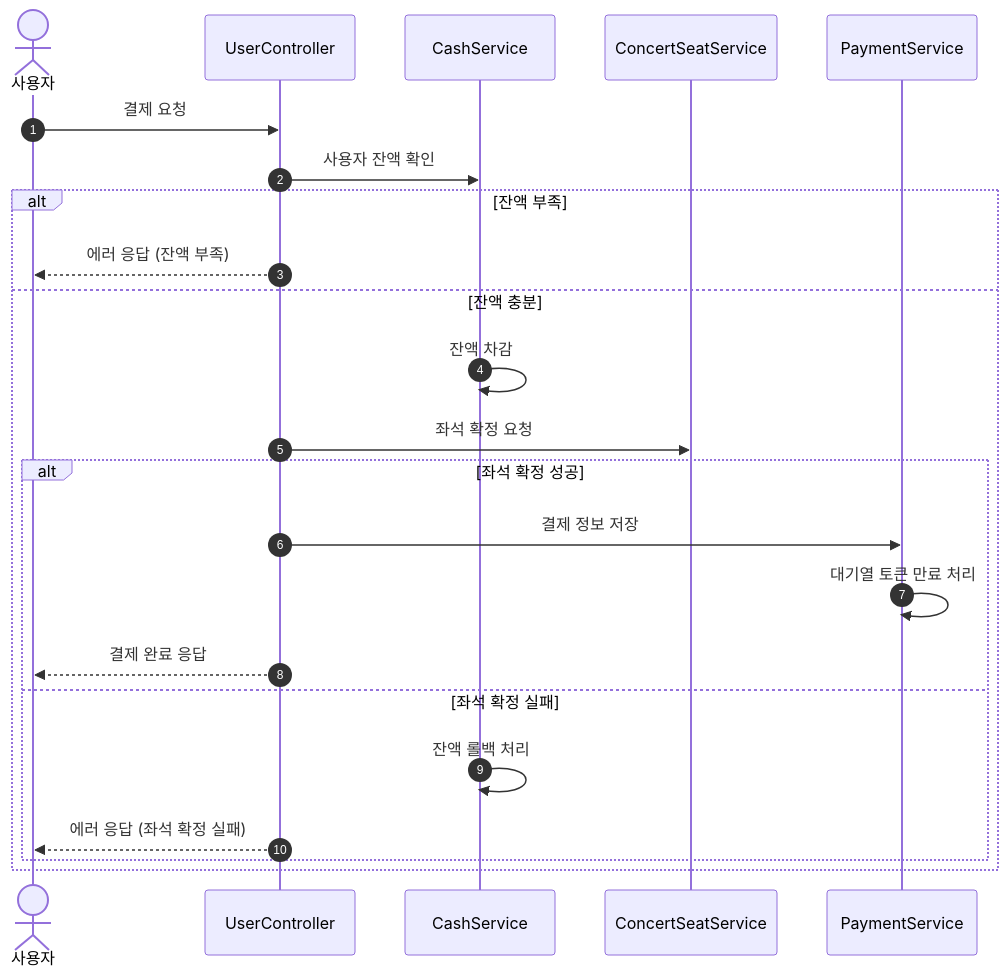
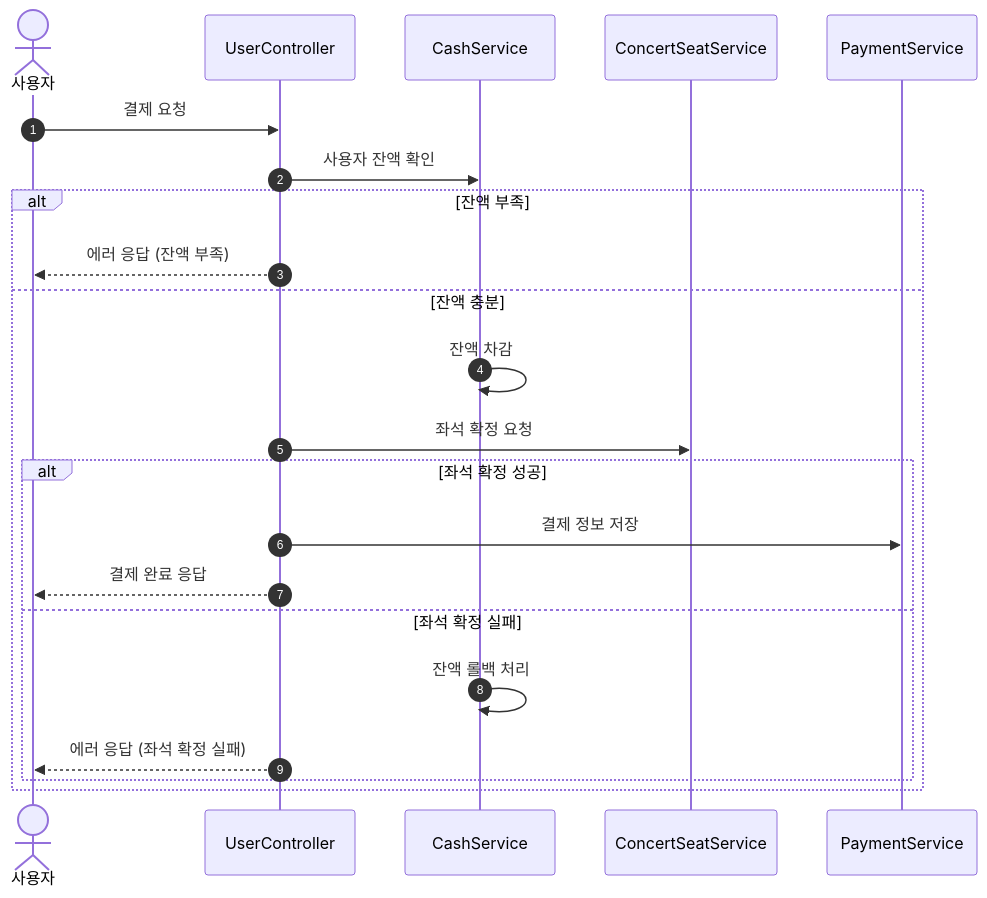
Before and after one commit to uuununew/concert-system: the ninth of 9 diagrams in docs/SEQUENCE.md, drawn with Mermaid. The commit also changed other lines of this file, not shown here.

Commit message:
시퀀스 다이어그램 : 수정 완료

````diff
--- a/docs/SEQUENCE.md
+++ b/docs/SEQUENCE.md
@@ -234,28 +261,27 @@
 ```mermaid
 sequenceDiagram
     autonumber
     actor 사용자
     participant UserController
     participant CashService
     participant ConcertSeatService
     participant PaymentService
 
     사용자 ->> UserController: 결제 요청
     UserController ->> CashService: 사용자 잔액 확인
 
     alt 잔액 부족
         UserController -->> 사용자: 에러 응답 (잔액 부족)
     else 잔액 충분
         CashService ->> CashService: 잔액 차감
         UserController ->> ConcertSeatService: 좌석 확정 요청
 
         alt 좌석 확정 성공
             UserController ->> PaymentService: 결제 정보 저장
-            PaymentService ->> PaymentService: 대기열 토큰 만료 처리
             UserController -->> 사용자: 결제 완료 응답
         else 좌석 확정 실패
             CashService ->> CashService: 잔액 롤백 처리
             UserController -->> 사용자: 에러 응답 (좌석 확정 실패)
         end
     end
 ```
````
